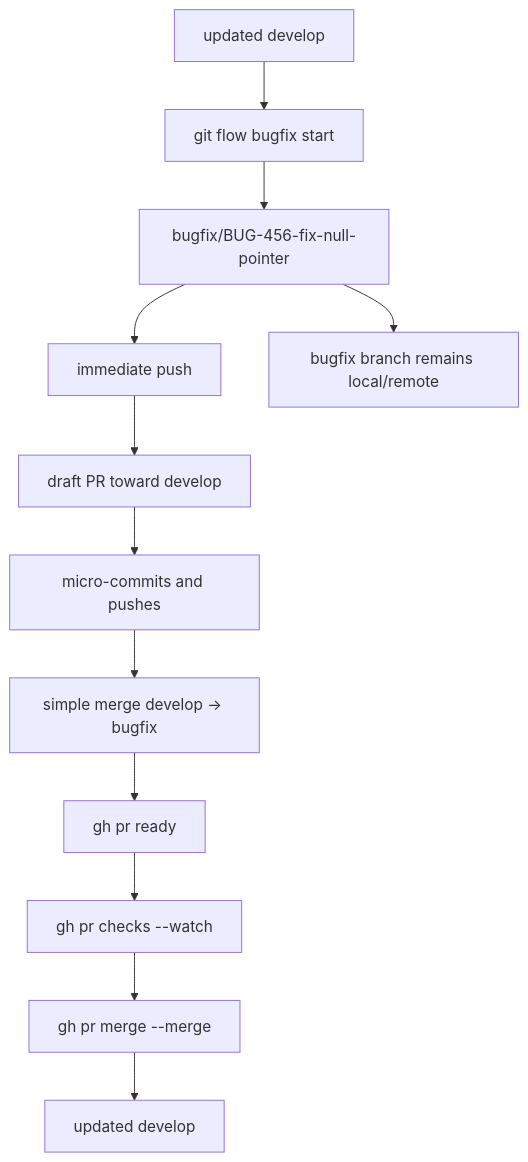
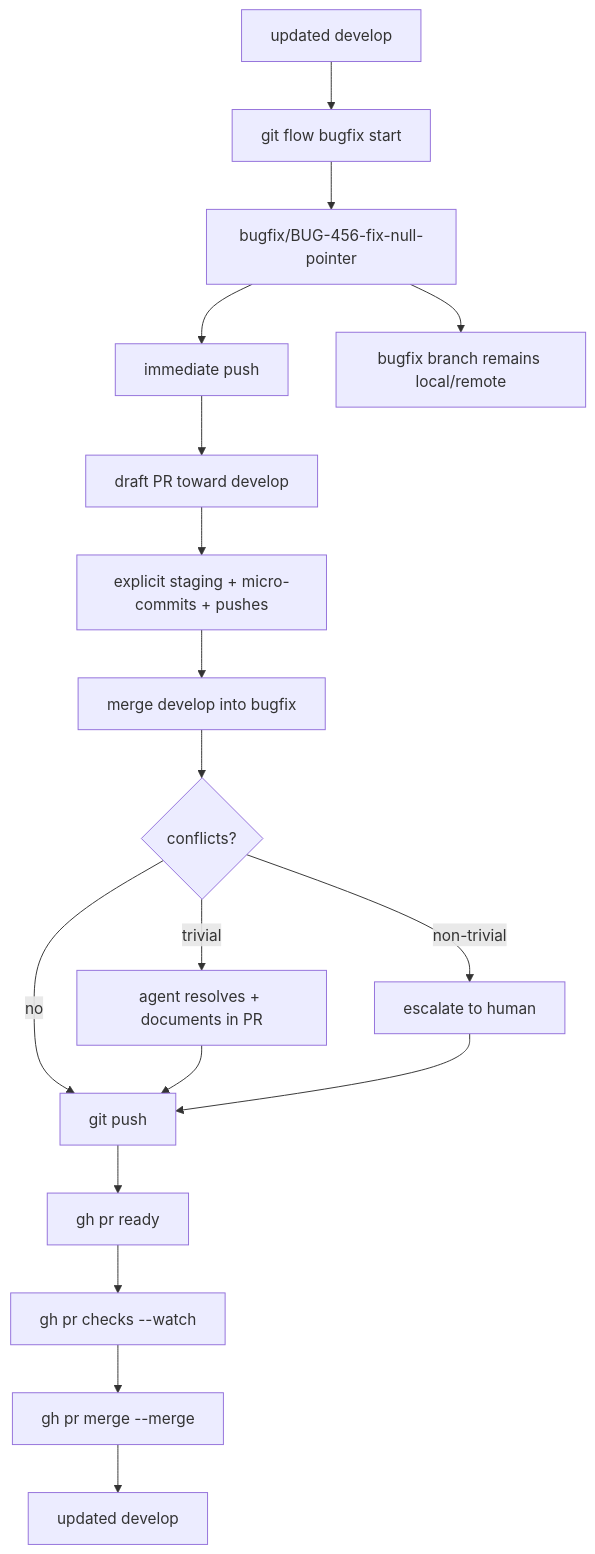
One commit to NickF93/AgentOrchestrator changed the second of 6 diagrams in docs/design/gitflow-pr-only-terminal-workflow.md. Above: the diagram before and after it, drawn with Mermaid. The commit also changed other lines of this file, not shown here.

First line of the commit message:
docs(design): align Mermaid diagrams with operational refinements

````diff
--- a/docs/design/gitflow-pr-only-terminal-workflow.md
+++ b/docs/design/gitflow-pr-only-terminal-workflow.md
@@ -591,14 +597,20 @@
 ```mermaid
 flowchart TD
     A[updated develop] --> B[git flow bugfix start]
     B --> C[bugfix/BUG-456-fix-null-pointer]
     C --> D[immediate push]
     D --> E[draft PR toward develop]
-    E --> F[micro-commits and pushes]
-    F --> G[simple merge develop -> bugfix]
-    G --> H[gh pr ready]
-    H --> I[gh pr checks --watch]
-    I --> J[gh pr merge --merge]
-    J --> K[updated develop]
-    C --> L[bugfix branch remains local/remote]
+    E --> F[explicit staging + micro-commits + pushes]
+    F --> G[merge develop into bugfix]
+    G --> H{conflicts?}
+    H -- no --> I[git push]
+    H -- trivial --> J[agent resolves + documents in PR]
+    J --> I
+    H -- non-trivial --> K[escalate to human]
+    K --> I
+    I --> L[gh pr ready]
+    L --> M[gh pr checks --watch]
+    M --> N[gh pr merge --merge]
+    N --> O[updated develop]
+    C --> P[bugfix branch remains local/remote]
 ```
````
